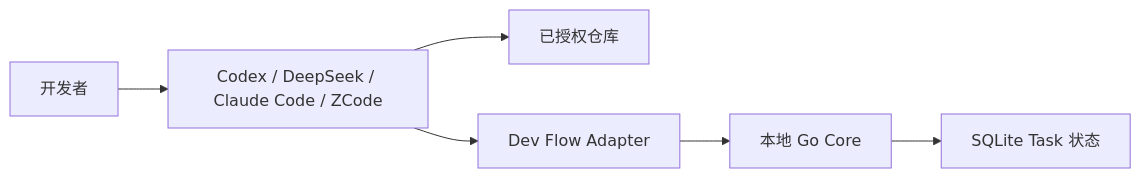
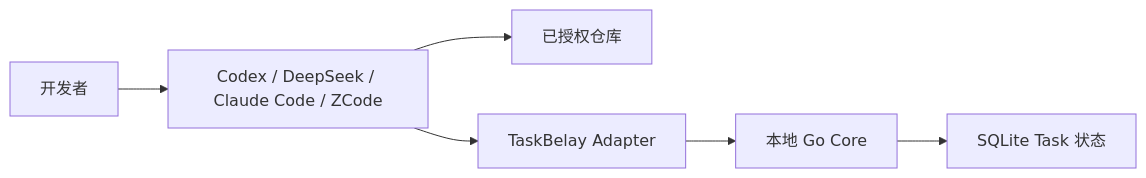
The diagram in docs/THREAT-MODEL.md (Innocent-children/dev-flow), drawn with Mermaid before and after one commit. The commit also changed other lines of this file and 1532 other files, not shown here.

````diff
--- a/docs/THREAT-MODEL.md
+++ b/docs/THREAT-MODEL.md
@@ -12,8 +12,8 @@
 ```mermaid
 flowchart LR
     U[开发者] --> H[Codex / DeepSeek / Claude Code / ZCode]
     H --> R[已授权仓库]
-    H --> A[Dev Flow Adapter]
+    H --> A[TaskBelay Adapter]
     A --> C[本地 Go Core]
     C --> S[SQLite Task 状态]
 ```
````
